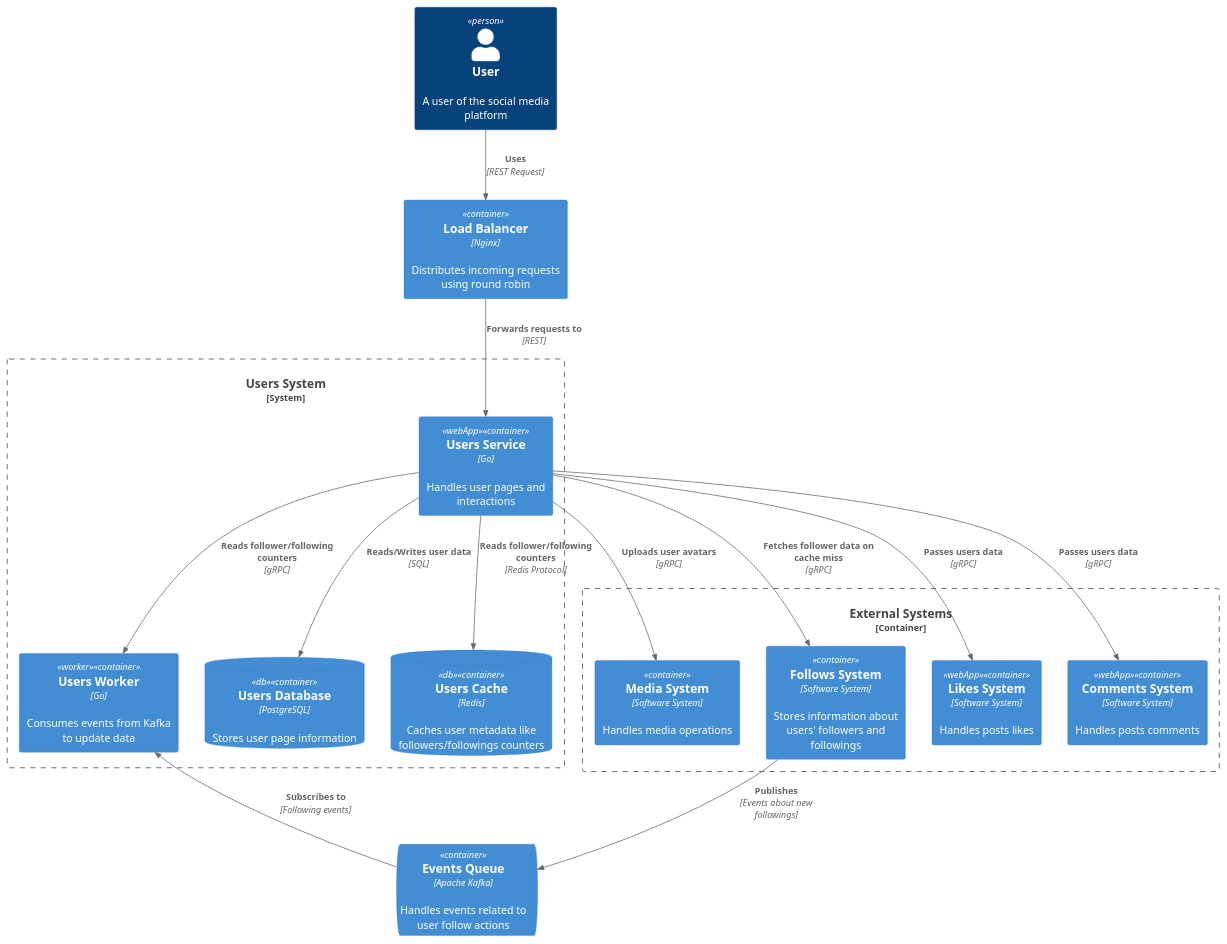
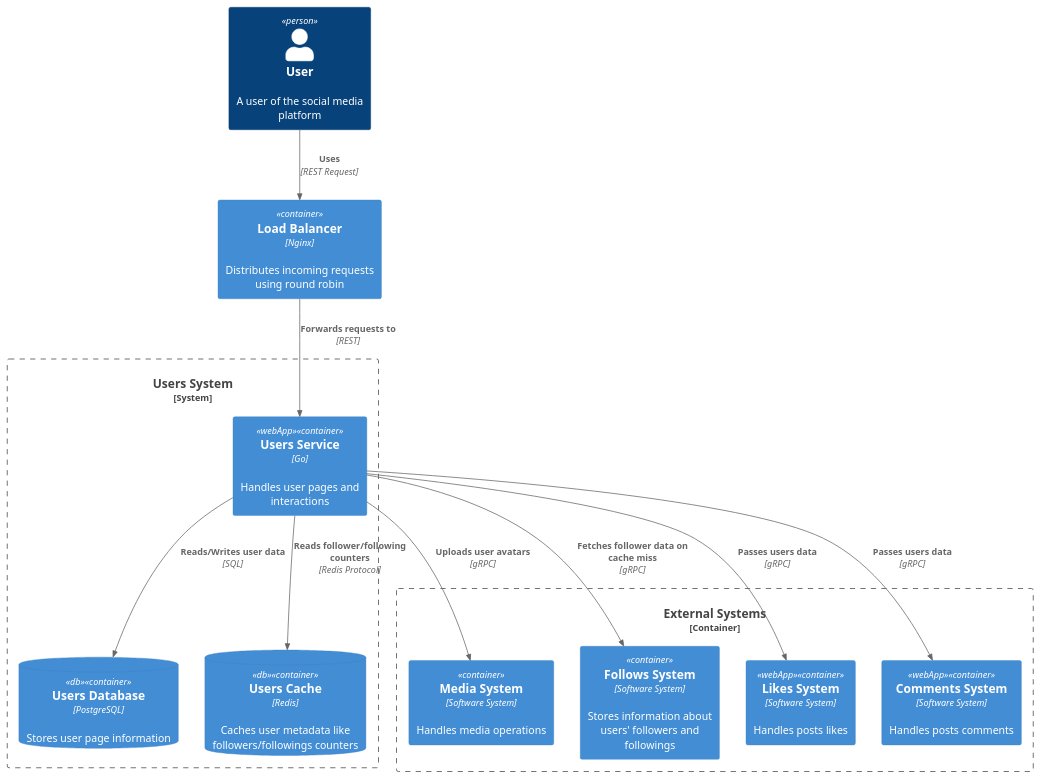
Before and after one commit to Sly-al/social_network_system_design: the diagram in architecture/users/users.puml, drawn with PlantUML. The commit also changed 9 other files, not shown here.

```diff
--- a/architecture/users/users.puml
+++ b/architecture/users/users.puml
@@ -1,39 +1,33 @@
 @startuml
 !include https://raw.githubusercontent.com/plantuml-stdlib/C4-PlantUML/master/C4_Container.puml
 
 Person(user, "User", "A user of the social media platform")
 
 Container(loadBalancer, "Load Balancer", "Nginx", "Distributes incoming requests using round robin")
 
 System_Boundary(usersSystem, "Users System") {
     Container(usersService, "Users Service", "Go", "Handles user pages and interactions", $tags="webApp")
-    Container(usersWorker, "Users Worker", "Go", "Consumes events from Kafka to update data", $tags="worker")
     ContainerDb(usersDatabase, "Users Database", "PostgreSQL", "Stores user page information", $tags="db")
     ContainerDb(usersCache, "Users Cache", "Redis", "Caches user metadata like followers/followings counters", $tags="db")
 }
 
 Container_Boundary(externalSystems, "External Systems") {
     Container(mediaSystem, "Media System", "Software System", "Handles media operations")
     Container(followsSystem, "Follows System", "Software System", "Stores information about users' followers and followings")
     Container(likesSystem, "Likes System", "Software System", "Handles posts likes", $tags="webApp")
     Container(commentsSystem, "Comments System", "Software System", "Handles posts comments", $tags="webApp")
 }
 
-ContainerQueue(messageQueue, "Events Queue", "Apache Kafka", "Handles events related to user follow actions")
 
 Rel(user, loadBalancer, "Uses", "REST Request")
 Rel(loadBalancer, usersService, "Forwards requests to", "REST")
 
 Rel(usersService, usersDatabase, "Reads/Writes user data", "SQL")
 Rel(usersService, usersCache, "Reads follower/following counters", "Redis Protocol")
-Rel(usersService, usersWorker, "Reads follower/following counters", "gRPC")
 
 Rel(usersService, mediaSystem, "Uploads user avatars", "gRPC")
 Rel(usersService, followsSystem, "Fetches follower data on cache miss", "gRPC")
 Rel(usersService, likesSystem, "Passes users data", "gRPC")
 Rel(usersService, commentsSystem, "Passes users data", "gRPC")
 
-Rel_D(followsSystem, messageQueue, "Publishes", "Events about new followings")
-Rel_U(messageQueue, usersWorker, "Subscribes to", "Following events")
-
 @enduml
```
